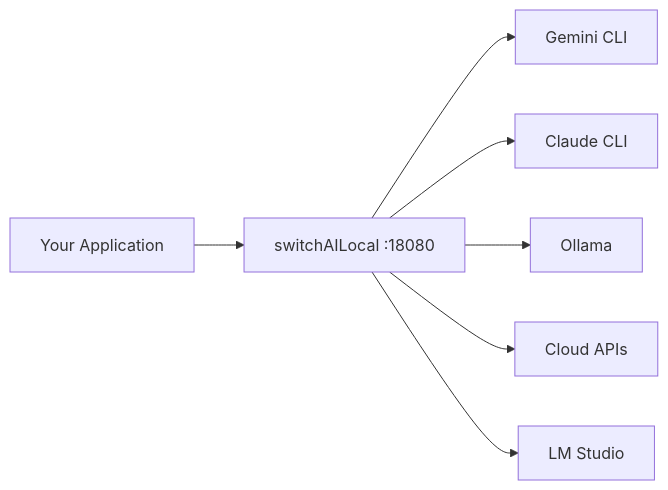
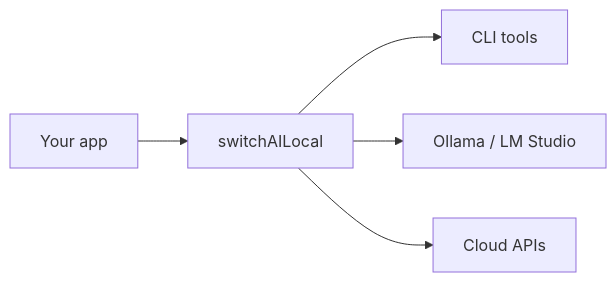
The diagram in docs-site/introduction.mdx (traylinx/switchAILocal), drawn with Mermaid before and after one commit. The commit also changed other lines of this file and 71 other files, not shown here.

````diff
--- a/docs-site/introduction.mdx
+++ b/docs-site/introduction.mdx
@@ -105,9 +95,7 @@
 ```mermaid
 graph LR
-    A[Your Application] --> B[switchAILocal :18080]
-    B --> C[Gemini CLI]
-    B --> D[Claude CLI]
-    B --> E[Ollama]
-    B --> F[Cloud APIs]
-    B --> G[LM Studio]
+    A[Your app] --> B[switchAILocal]
+    B --> C[CLI tools]
+    B --> D[Ollama / LM Studio]
+    B --> E[Cloud APIs]
 ```
````
